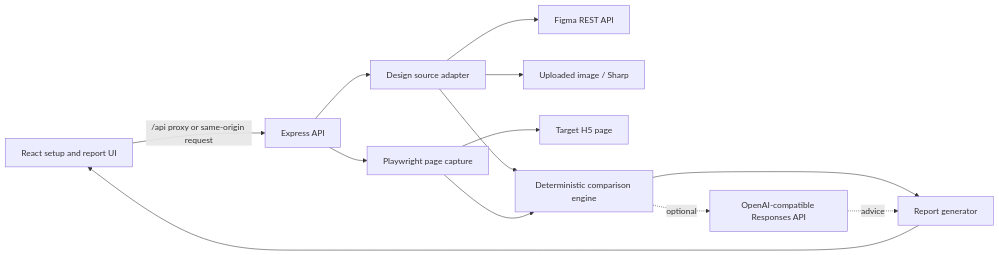
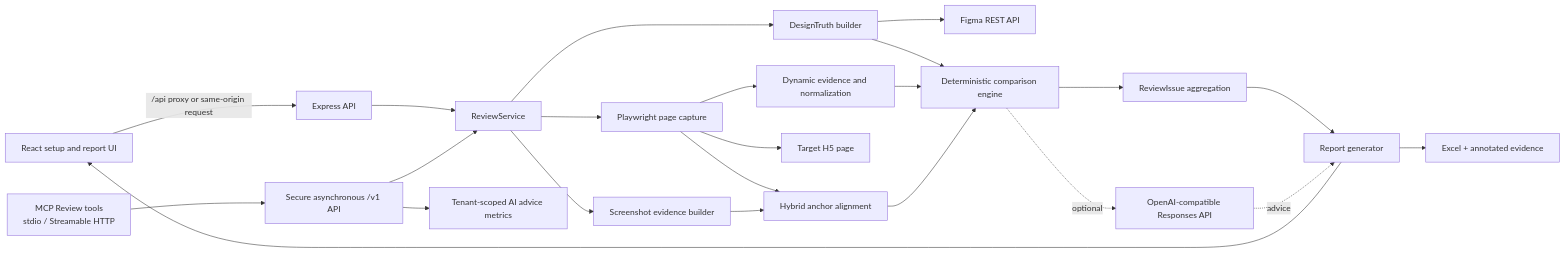
One commit to cheng-zuguang/visual-acceptance-prototype changed the diagram in docs/ARCHITECTURE.en.md. Above: the diagram before and after it, drawn with Mermaid. The commit also changed other lines of this file and 46 other files, not shown here.

````diff
--- a/docs/ARCHITECTURE.en.md
+++ b/docs/ARCHITECTURE.en.md
@@ -9,15 +9,25 @@
 ```mermaid
 flowchart LR
   UI["React setup and report UI"] -->|"/api proxy or same-origin request"| API["Express API"]
-  API --> DESIGN["Design source adapter"]
+  API --> REVIEW["ReviewService"]
+  MCP["MCP Review tools<br/>stdio / Streamable HTTP"] --> PUBLIC
+  PUBLIC["Secure asynchronous /v1 API"] --> REVIEW
+  PUBLIC --> MONITOR["Tenant-scoped AI advice metrics"]
+  REVIEW --> DESIGN["DesignTruth builder"]
   DESIGN --> FIGMA["Figma REST API"]
-  DESIGN --> IMAGE["Uploaded image / Sharp"]
-  API --> CAPTURE["Playwright page capture"]
+  REVIEW --> CAPTURE["Playwright page capture"]
+  REVIEW --> SHOT["Screenshot evidence builder"]
+  CAPTURE --> HYBRID["Hybrid anchor alignment"]
+  SHOT --> HYBRID
   CAPTURE --> H5["Target H5 page"]
+  CAPTURE --> DYNAMIC["Dynamic evidence and normalization"]
   DESIGN --> COMPARE["Deterministic comparison engine"]
-  CAPTURE --> COMPARE
-  COMPARE --> REPORT["Report generator"]
+  DYNAMIC --> COMPARE
+  HYBRID --> COMPARE
+  COMPARE --> ISSUES["ReviewIssue aggregation"]
+  ISSUES --> REPORT["Report generator"]
+  REPORT --> EXCEL["Excel + annotated evidence"]
   COMPARE -.optional.-> AI["OpenAI-compatible Responses API"]
   AI -.advice.-> REPORT
   REPORT --> UI
 ```
````
